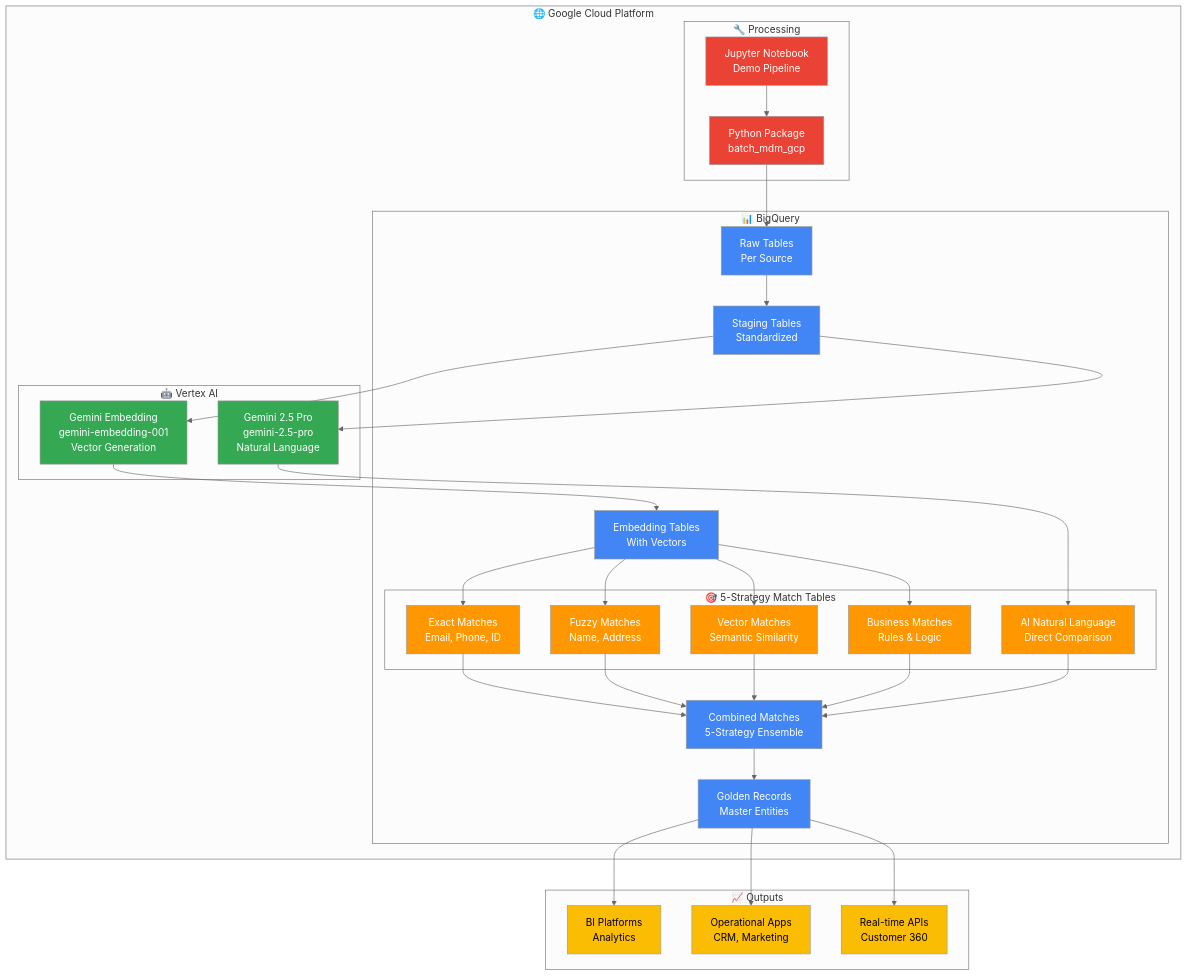
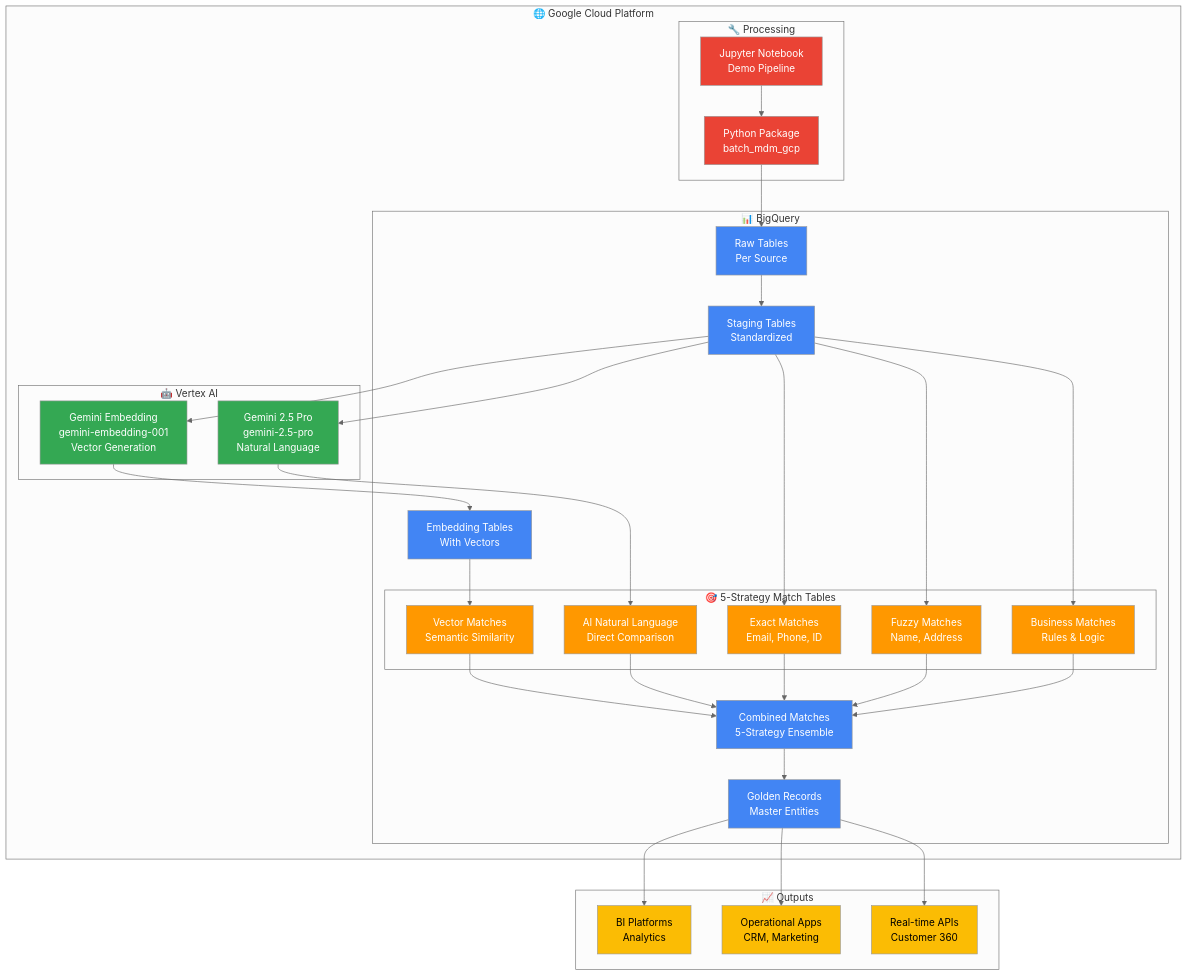
One commit to johanesalxd/mdm-gcp changed the fourth of 4 diagrams in batch_mdm_gcp/MDM_BATCH_RESULTS.md. Above: the diagram before and after it, drawn with Mermaid (neutral theme).

Commit message:
updating the technical architecture diagram

```diff
--- a/batch_mdm_gcp/MDM_BATCH_RESULTS.md
+++ b/batch_mdm_gcp/MDM_BATCH_RESULTS.md
@@ -197,10 +197,10 @@
     GEMINI --> EMBED_TBL
 
     %% 5-Strategy Matching
-    EMBED_TBL --> EXACT_TBL
-    EMBED_TBL --> FUZZY_TBL
+    STAGE --> EXACT_TBL
+    STAGE --> FUZZY_TBL
     EMBED_TBL --> VECTOR_TBL
-    EMBED_TBL --> BUSINESS_TBL
+    STAGE --> BUSINESS_TBL
     GEMINI_PRO --> AI_TBL
 
     %% Ensemble Combination
```
